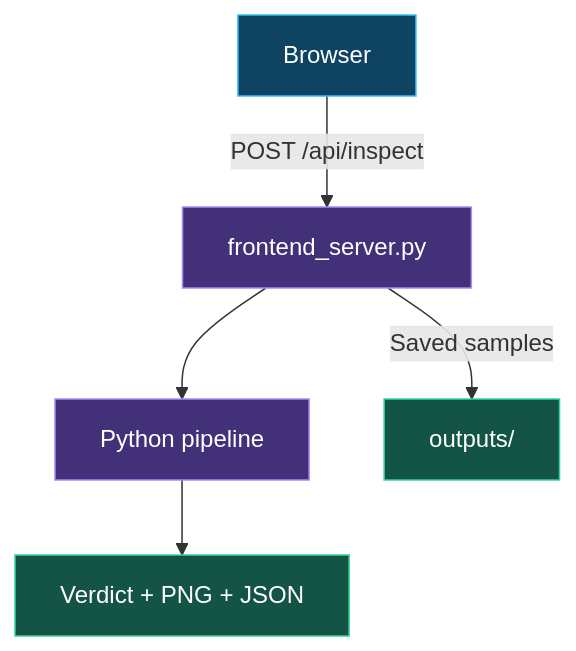
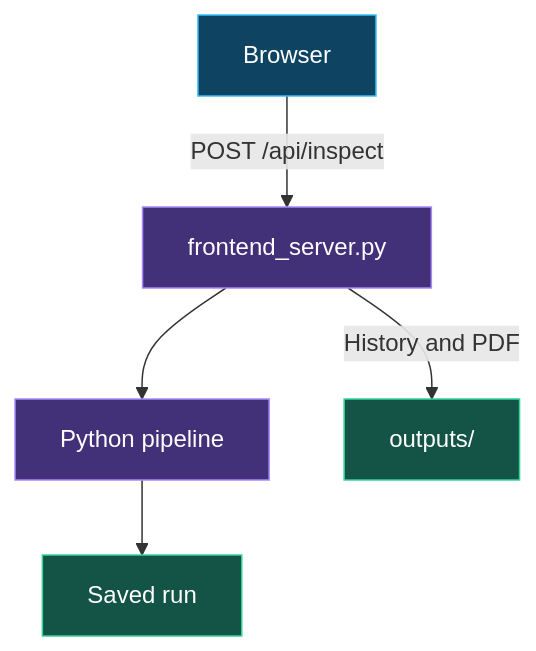
One commit to AhmadElkady/Circuit-Check-AI changed the second of 3 diagrams in README.md. Above: the diagram before and after it, drawn with Mermaid. The commit also changed other lines of this file and 14 other files, not shown here.

````diff
--- a/README.md
+++ b/README.md
@@ -71,13 +75,13 @@
 ```mermaid
 flowchart TD
   B["Browser"] -->|"POST /api/inspect"| S["frontend_server.py"]
   S --> P["Python pipeline"]
-  P --> R["Verdict + PNG + JSON"]
-  S -->|"Saved samples"| A["outputs/"]
+  P --> R["Saved run"]
+  S -->|"History and PDF"| A["outputs/"]
   classDef browser fill:#0e4362,stroke:#38bdf8,color:#ffffff
   classDef server fill:#423078,stroke:#a78bfa,color:#ffffff
   classDef output fill:#145447,stroke:#34d399,color:#ffffff
   class B browser
   class S,P server
   class R,A output
 ```
````
